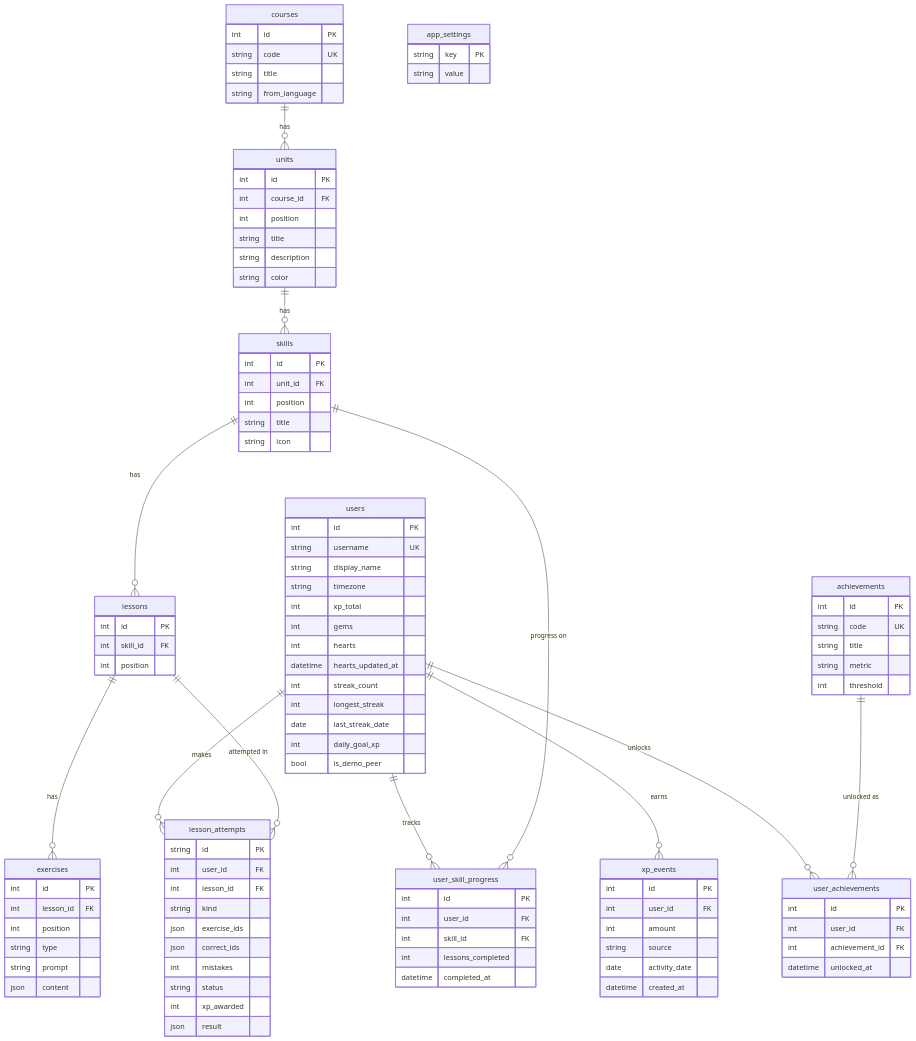
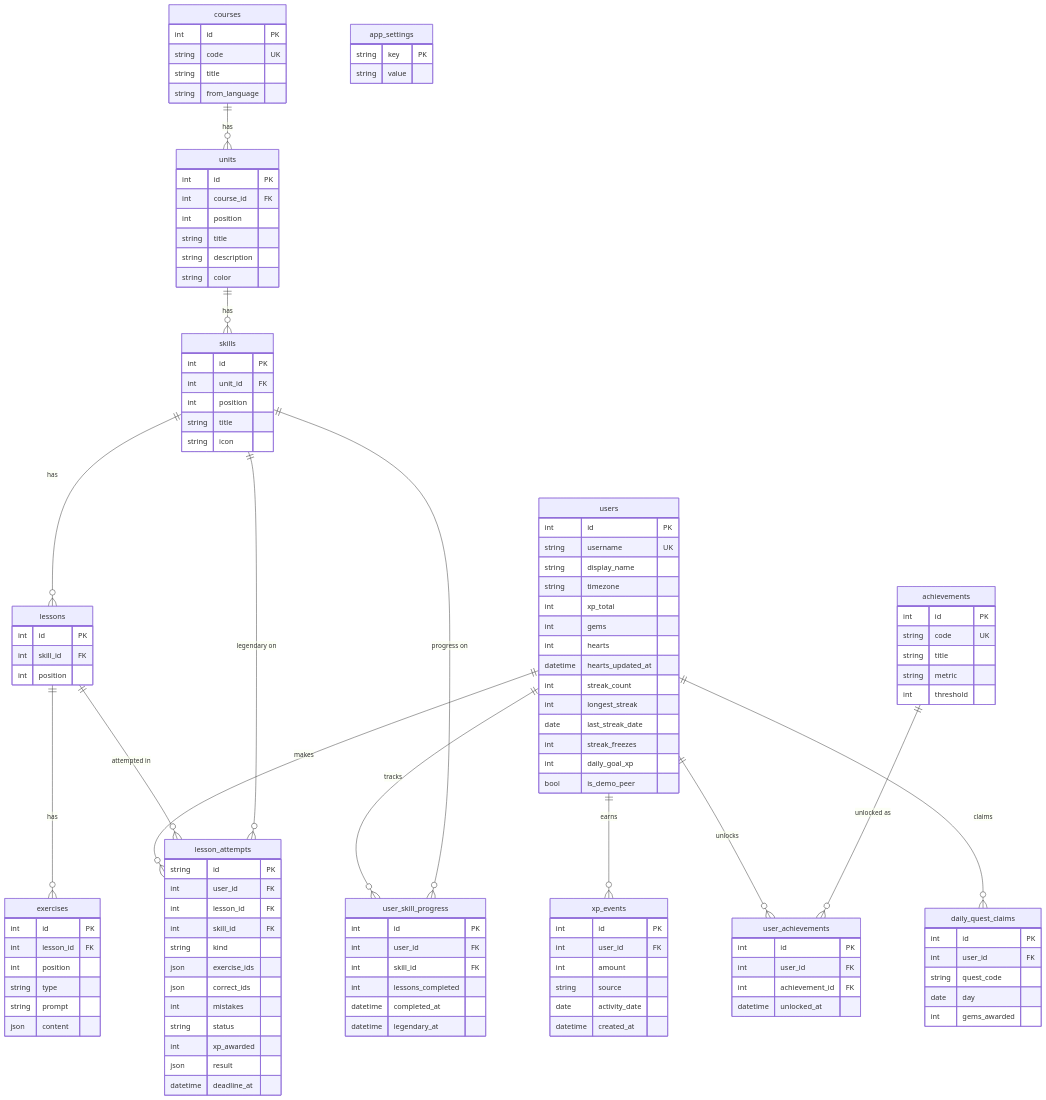
Before and after one commit to anuraggoyal14/duolingo-clone: the diagram in README.md, drawn with Mermaid. The commit also changed other lines of this file and 1 other file, not shown here.

```diff
--- a/README.md
+++ b/README.md
@@ -158,6 +167,8 @@
     users ||--o{ xp_events : earns
     users ||--o{ user_achievements : unlocks
     achievements ||--o{ user_achievements : "unlocked as"
+    skills ||--o{ lesson_attempts : "legendary on"
+    users ||--o{ daily_quest_claims : claims
 
     courses {
         int id PK
@@ -205,6 +216,7 @@
         int streak_count
         int longest_streak
         date last_streak_date
+        int streak_freezes
         int daily_goal_xp
         bool is_demo_peer
     }
@@ -214,11 +226,13 @@
         int skill_id FK
         int lessons_completed
         datetime completed_at
+        datetime legendary_at
     }
     lesson_attempts {
         string id PK
         int user_id FK
         int lesson_id FK
+        int skill_id FK
         string kind
         json exercise_ids
         json correct_ids
@@ -226,6 +240,7 @@
         string status
         int xp_awarded
         json result
+        datetime deadline_at
     }
     xp_events {
         int id PK
@@ -248,6 +263,13 @@
         int achievement_id FK
         datetime unlocked_at
     }
+    daily_quest_claims {
+        int id PK
+        int user_id FK
+        string quest_code
+        date day
+        int gems_awarded
+    }
     app_settings {
         string key PK
         string value
```
